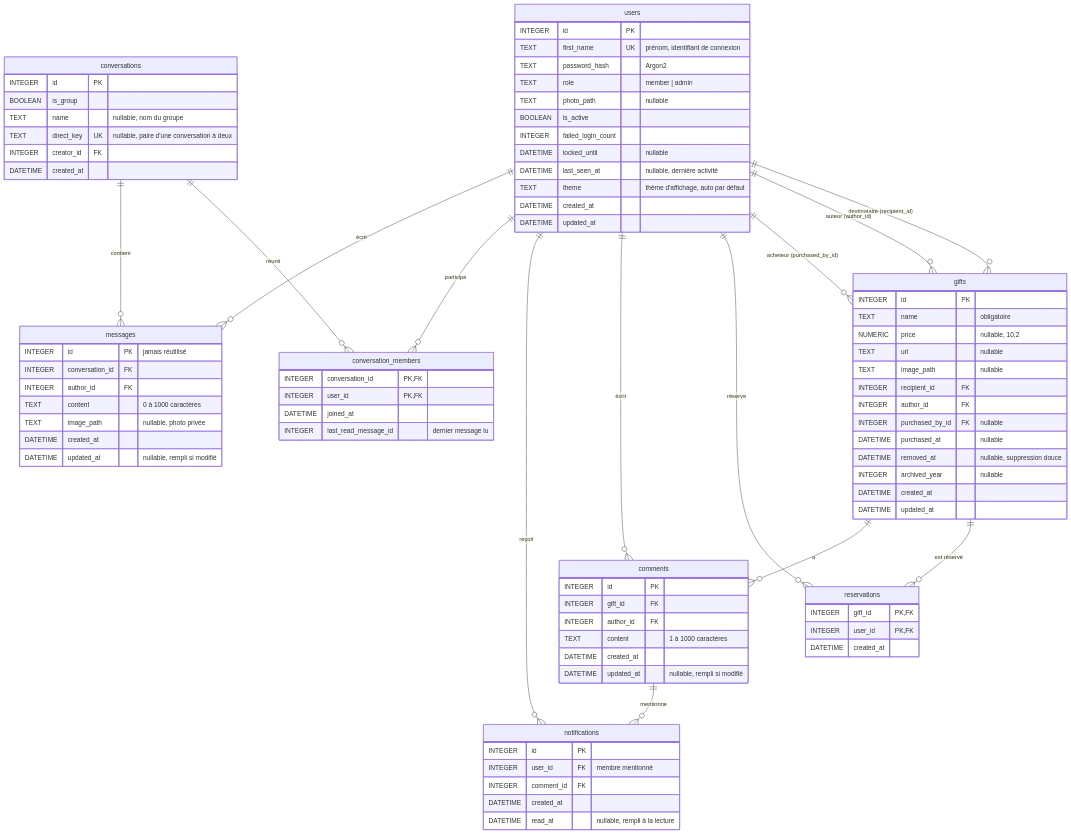
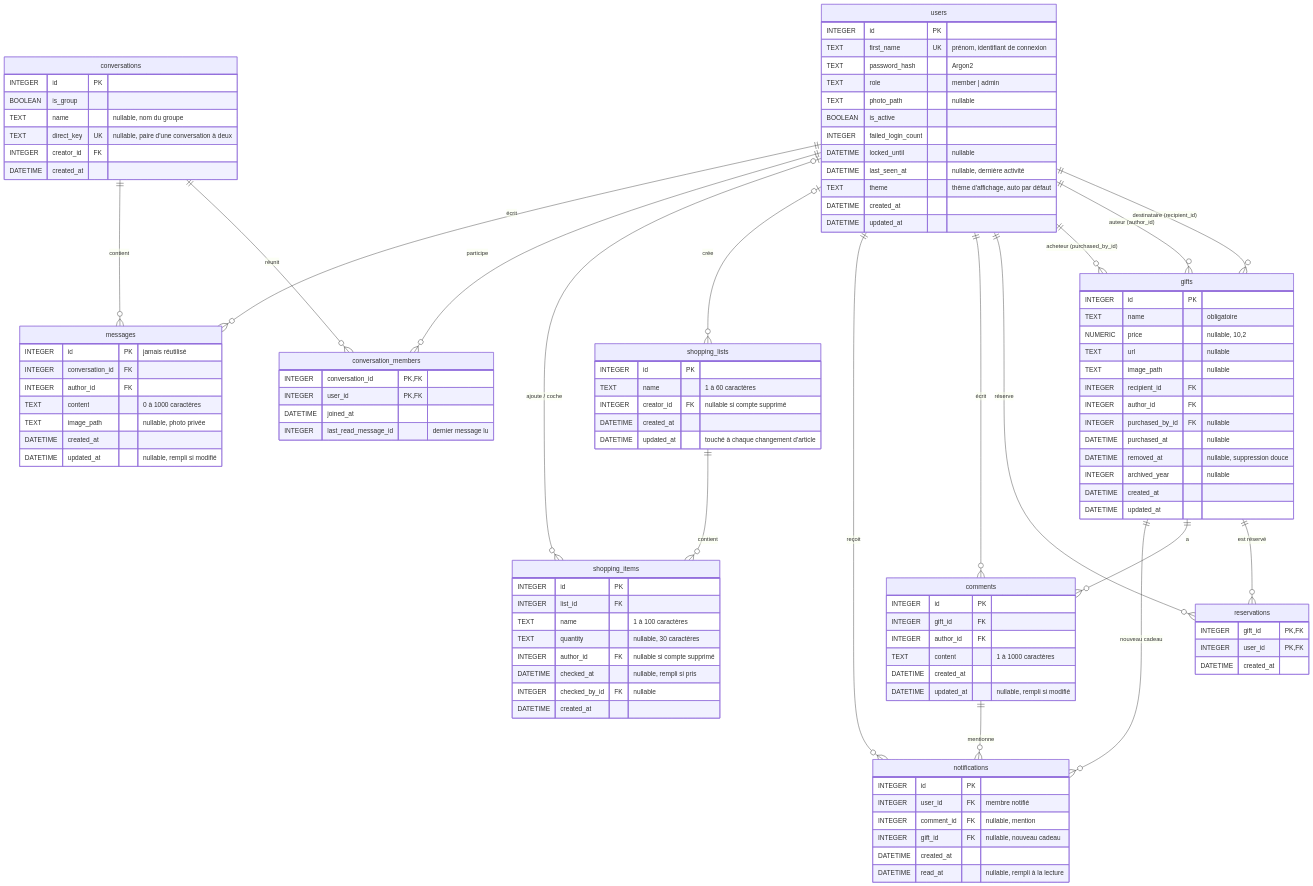
The diagram in docs/03-modele-donnees.md (sogluk76/listeNoel), drawn with Mermaid before and after one commit. The commit also changed other lines of this file and 42 other files, not shown here.

```diff
--- a/docs/03-modele-donnees.md
+++ b/docs/03-modele-donnees.md
@@ -14,7 +14,11 @@
     gifts ||--o{ comments : "a"
     users ||--o{ comments : "écrit"
     comments ||--o{ notifications : "mentionne"
+    gifts ||--o{ notifications : "nouveau cadeau"
     users ||--o{ notifications : "reçoit"
+    shopping_lists ||--o{ shopping_items : "contient"
+    users |o--o{ shopping_lists : "crée"
+    users |o--o{ shopping_items : "ajoute / coche"
     conversations ||--o{ conversation_members : "réunit"
     users ||--o{ conversation_members : "participe"
     conversations ||--o{ messages : "contient"
@@ -68,10 +72,30 @@
 
     notifications {
         INTEGER id PK
-        INTEGER user_id FK "membre mentionné"
-        INTEGER comment_id FK
+        INTEGER user_id FK "membre notifié"
+        INTEGER comment_id FK "nullable, mention"
+        INTEGER gift_id FK "nullable, nouveau cadeau"
         DATETIME created_at
         DATETIME read_at "nullable, rempli à la lecture"
+    }
+
+    shopping_lists {
+        INTEGER id PK
+        TEXT name "1 à 60 caractères"
+        INTEGER creator_id FK "nullable si compte supprimé"
+        DATETIME created_at
+        DATETIME updated_at "touché à chaque changement d'article"
+    }
+
+    shopping_items {
+        INTEGER id PK
+        INTEGER list_id FK
+        TEXT name "1 à 100 caractères"
+        TEXT quantity "nullable, 30 caractères"
+        INTEGER author_id FK "nullable si compte supprimé"
+        DATETIME checked_at "nullable, rempli si pris"
+        INTEGER checked_by_id FK "nullable"
+        DATETIME created_at
     }
 
     conversations {
```
